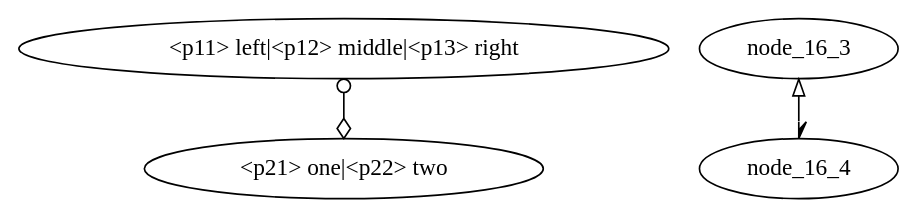
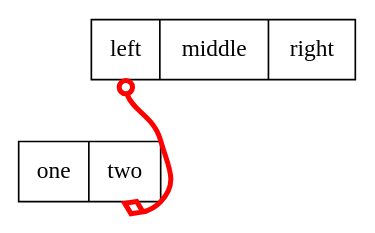
Before and after one commit to graphviz-perl/GraphViz2-Marpa: the diagram in data/16.gv, drawn with Graphviz. The commit also changed 1 other file, not shown here.

Commit message:
Clean up compression of node/port/compass, but moving edge attributes not working

```diff
--- a/data/16.gv
+++ b/data/16.gv
@@ -1,33 +1,45 @@
 strict digraph graph_16
 {
+	node
+	[
+		shape = "record",
+	];
+
+	edge
+	[
+		color = "red"
+		penwidth = 3,
+	];
+
 	node_16_1
 	[
 		label = "<p11> left|<p12> middle|<p13> right"
 	]
 
 	node_16_2
 	[
 		label = "<p21> one|<p22> two"
 	]
 
 	node_16_1:p11 -> node_16_2:p22:s
 	[
 		arrowtail = "odot",
 		arrowhead = "odiamond";
 		dir       = both;
 	];
 
-    subgraph subgraph_16_1
-    {
-        node_16_3
+#	subgraph subgraph_16_1
+#	{
+#		node_16_3
+#
+#		node_16_4;
+#
+#		node_16_3 -> node_16_4
+#		[
+#			arrowtail = "empty"
+#			arrowhead = "halfopen",
+#			dir       = "both",
+#		]
+#	}
 
-        node_16_4;
-
-        node_16_3 -> node_16_4
-        [
-            arrowtail = "empty"
-            arrowhead = "halfopen",
-            dir       = "both",
-        ]
-    }
 }
```
